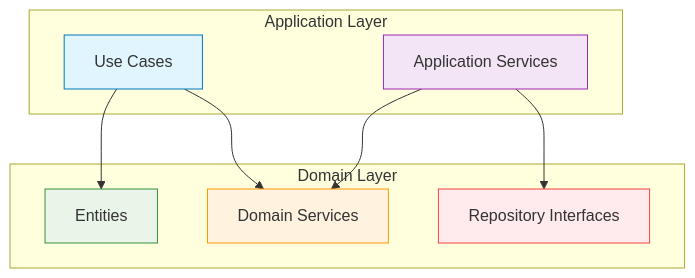
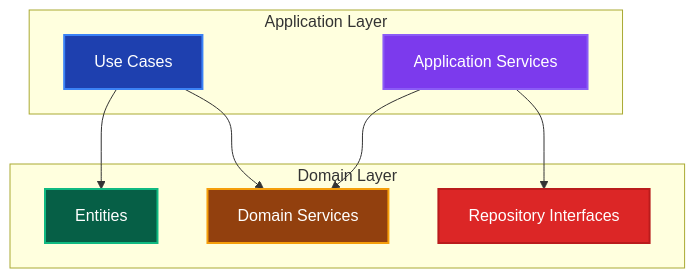
The fourth of 5 diagrams in _DOCS/guides/ddd/layers/application/application.md (derushio/d-next-ddd-example), drawn with Mermaid before and after one commit. The commit also changed other lines of this file and 31 other files, not shown here.

Commit message:
🎨: DOCSのMermaid図表カラーテーマを暗色に統一し視認性を向上

````diff
--- a/_DOCS/guides/ddd/layers/application/application.md
+++ b/_DOCS/guides/ddd/layers/application/application.md
@@ -167,24 +167,24 @@
 ```mermaid
 graph TD
     subgraph "Application Layer"
         UC[Use Cases]
         AS[Application Services]
     end
     
     subgraph "Domain Layer"
         ENTITY[Entities]
         DS[Domain Services]
         REPO_IF[Repository Interfaces]
     end
     
     UC --> DS
     UC --> ENTITY
     AS --> DS
     AS --> REPO_IF
     
-    style UC fill:#e1f5fe,stroke:#0277bd
-    style AS fill:#f3e5f5,stroke:#9c27b0
-    style ENTITY fill:#e8f5e8,stroke:#388e3c
-    style DS fill:#fff3e0,stroke:#ff9800
-    style REPO_IF fill:#ffebee,stroke:#f44336
+    style UC fill:#1e40af,stroke:#3b82f6,stroke-width:2px,color:#ffffff
+    style AS fill:#7c3aed,stroke:#8b5cf6,stroke-width:2px,color:#ffffff
+    style ENTITY fill:#065f46,stroke:#10b981,stroke-width:2px,color:#ffffff
+    style DS fill:#92400e,stroke:#f59e0b,stroke-width:2px,color:#ffffff
+    style REPO_IF fill:#dc2626,stroke:#b91c1c,stroke-width:2px,color:#ffffff
 ```
````
